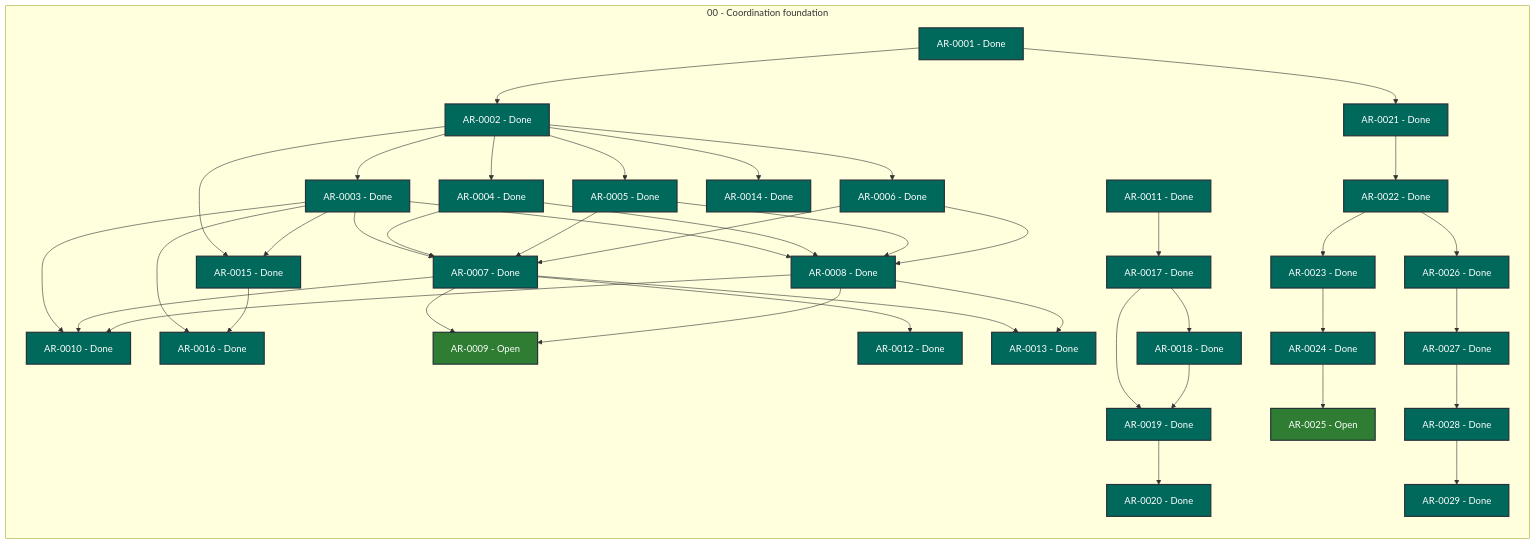
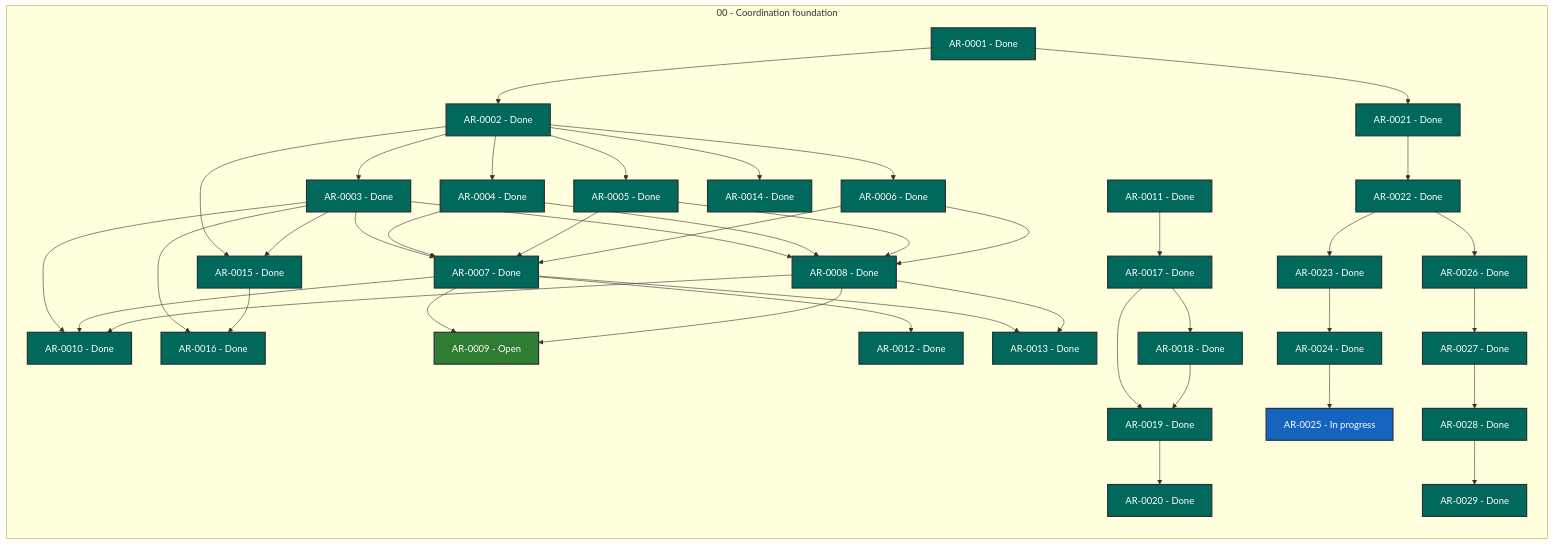
Before and after one commit to martin-beck/agent-workflow-coordinator-state: the diagram in STATUS.md, drawn with Mermaid. The commit also changed other lines of this file and 2 other files, not shown here.

```diff
--- a/STATUS.md
+++ b/STATUS.md
@@ -52,7 +52,7 @@
         AR_0022["AR-0022 - Done"]:::status_done
         AR_0023["AR-0023 - Done"]:::status_done
         AR_0024["AR-0024 - Done"]:::status_done
-        AR_0025["AR-0025 - Open"]:::status_open
+        AR_0025["AR-0025 - In progress"]:::status_in_progress
         AR_0026["AR-0026 - Done"]:::status_done
         AR_0027["AR-0027 - Done"]:::status_done
         AR_0028["AR-0028 - Done"]:::status_done
```
